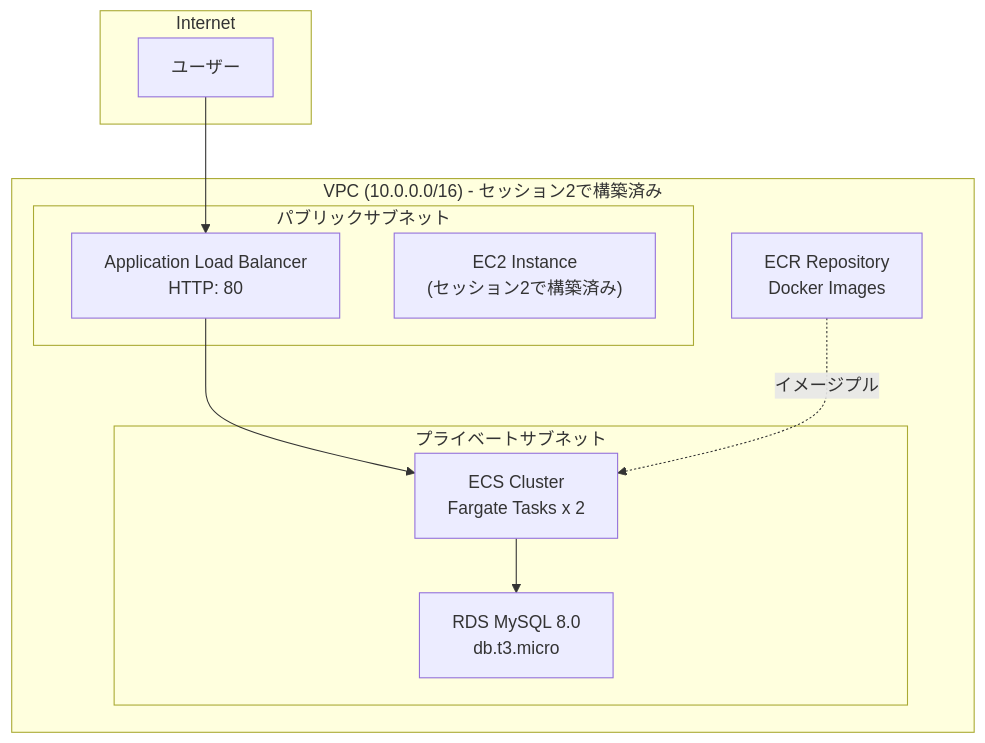
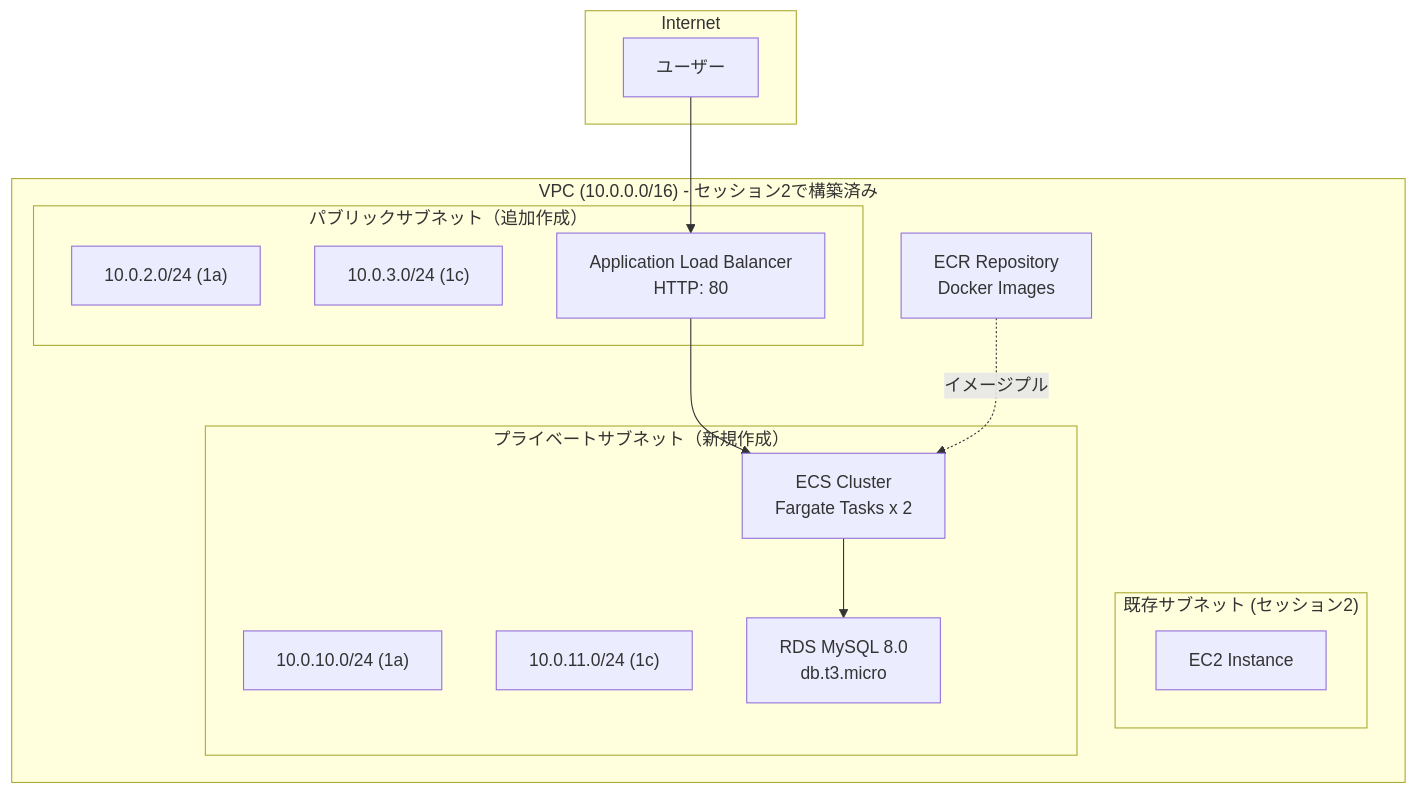
One commit to kifujii/ai_agentic_development changed the diagram in docs/session_guides/session3_guide.md. Above: the diagram before and after it, drawn with Mermaid. The commit also changed other lines of this file and 11 other files, not shown here.

````diff
--- a/docs/session_guides/session3_guide.md
+++ b/docs/session_guides/session3_guide.md
@@ -20,25 +20,32 @@
 ```mermaid
 graph TB
     subgraph Internet["Internet"]
         Users["ユーザー"]
     end
     
     subgraph VPC["VPC (10.0.0.0/16) - セッション2で構築済み"]
-        subgraph PublicSubnets["パブリックサブネット"]
+        subgraph PublicSubnets["パブリックサブネット（追加作成）"]
+            PS1["10.0.2.0/24 (1a)"]
+            PS2["10.0.3.0/24 (1c)"]
             ALB["Application Load Balancer<br/>HTTP: 80"]
-            EC2["EC2 Instance<br/>(セッション2で構築済み)"]
+        end
+
+        subgraph ExistingSubnet["既存サブネット (セッション2)"]
+            EC2["EC2 Instance"]
         end
         
-        subgraph PrivateSubnets["プライベートサブネット"]
+        subgraph PrivateSubnets["プライベートサブネット（新規作成）"]
+            PrS1["10.0.10.0/24 (1a)"]
+            PrS2["10.0.11.0/24 (1c)"]
             ECS["ECS Cluster<br/>Fargate Tasks x 2"]
             RDS["RDS MySQL 8.0<br/>db.t3.micro"]
         end
         
         ECR["ECR Repository<br/>Docker Images"]
     end
     
     Users --> ALB
     ALB --> ECS
     ECS --> RDS
     ECR -.->|"イメージプル"| ECS
 ```
````
